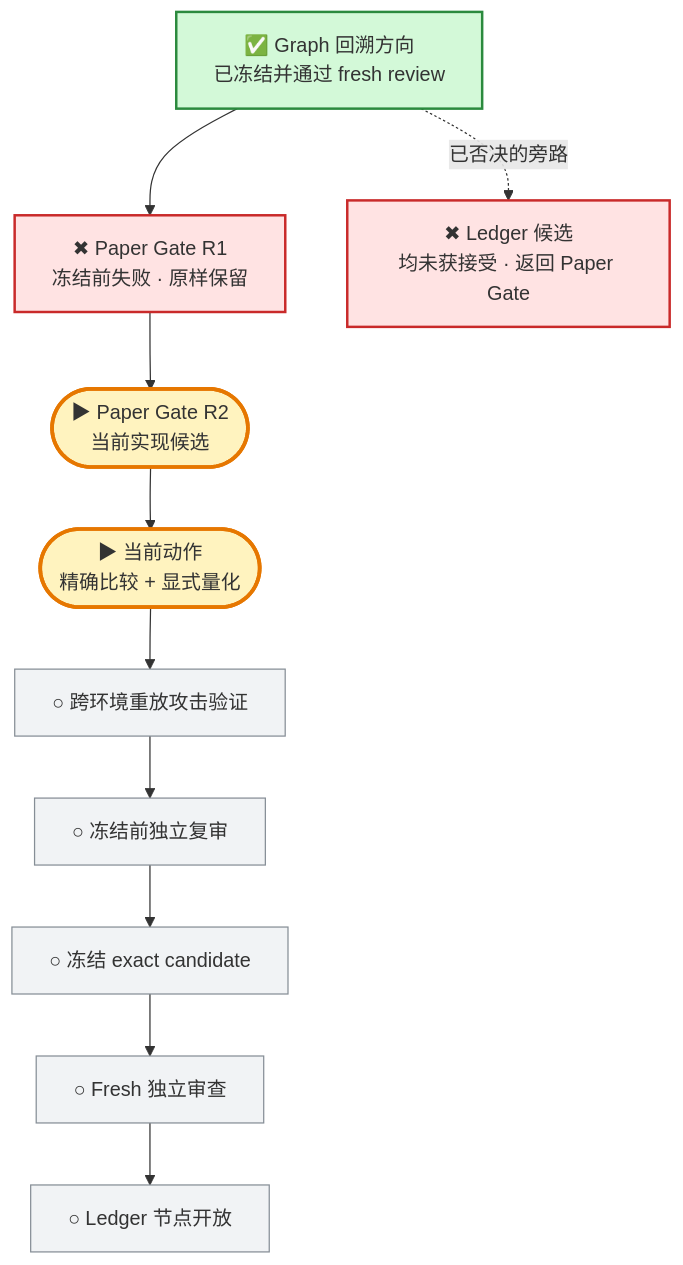
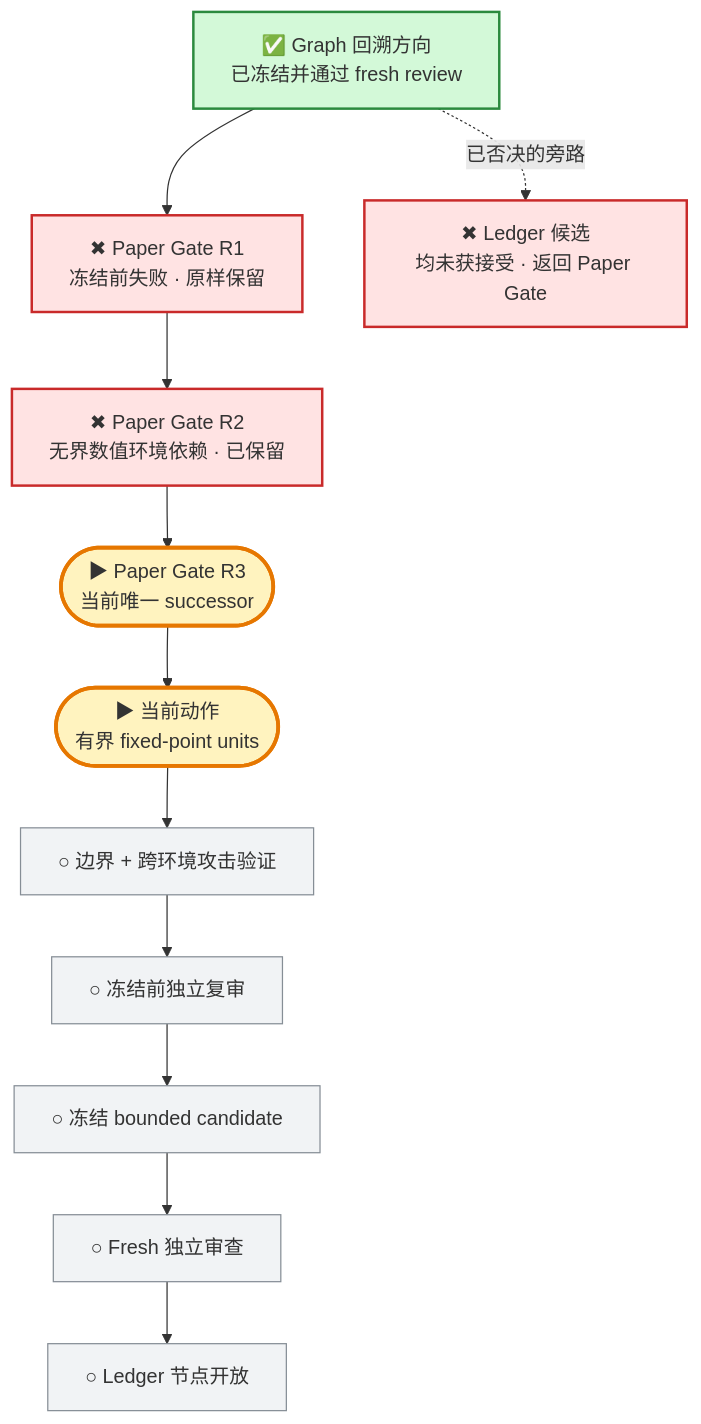
The first of 2 diagrams in MyBrain/automation/reports/investment-discipline-system/CURRENT_PROGRESS.md (j-a-v-e-n/knowledge-vault), drawn with Mermaid before and after one commit. The commit also changed other lines of this file, not shown here.

Commit message:
vault backup: 2026-07-30 04:17:42

````diff
--- a/MyBrain/automation/reports/investment-discipline-system/CURRENT_PROGRESS.md
+++ b/MyBrain/automation/reports/investment-discipline-system/CURRENT_PROGRESS.md
@@ -7,22 +7,23 @@
 ```mermaid
 flowchart TB
     G["✅ Graph 回溯方向<br/>已冻结并通过 fresh review"] --> R1["✖ Paper Gate R1<br/>冻结前失败 · 原样保留"]
-    R1 --> R2(["▶ Paper Gate R2<br/>当前实现候选"])
-    R2 --> D(["▶ 当前动作<br/>精确比较 + 显式量化"])
-    D --> T["○ 跨环境重放攻击验证"]
+    R1 --> R2["✖ Paper Gate R2<br/>无界数值环境依赖 · 已保留"]
+    R2 --> R3(["▶ Paper Gate R3<br/>当前唯一 successor"])
+    R3 --> D(["▶ 当前动作<br/>有界 fixed-point units"])
+    D --> T["○ 边界 + 跨环境攻击验证"]
     T --> P["○ 冻结前独立复审"]
-    P --> F["○ 冻结 exact candidate"]
+    P --> F["○ 冻结 bounded candidate"]
     F --> V["○ Fresh 独立审查"]
     V --> L["○ Ledger 节点开放"]
 
     G -. "已否决的旁路" .-> X["✖ Ledger 候选<br/>均未获接受 · 返回 Paper Gate"]
 
     classDef done fill:#d3f9d8,stroke:#2b8a3e,stroke-width:2px;
     classDef current fill:#fff3bf,stroke:#e67700,stroke-width:3px;
     classDef failed fill:#ffe3e3,stroke:#c92a2a,stroke-width:2px;
     classDef pending fill:#f1f3f5,stroke:#868e96;
     class G done;
-    class R2,D current;
-    class R1,X failed;
+    class R3,D current;
+    class R1,R2,X failed;
     class T,P,F,V,L pending;
 ```
````
